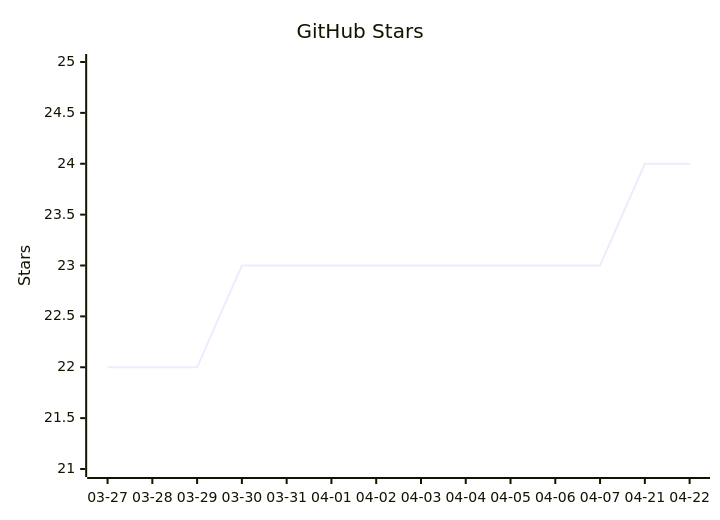
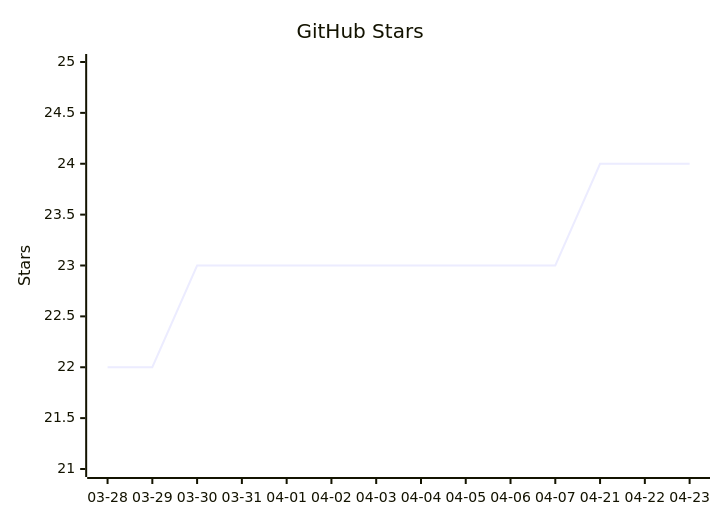
One commit to vectie/moonclaw changed the diagram in README.mbt.md. Above: the diagram before and after it, drawn with Mermaid. The commit also changed other lines of this file and 1 other file, not shown here.

Commit message:
Update README star growth

````diff
--- a/README.mbt.md
+++ b/README.mbt.md
@@ -489,7 +489,7 @@
 ```mermaid
 xychart-beta
     title "GitHub Stars"
-    x-axis ["03-27","03-28","03-29","03-30","03-31","04-01","04-02","04-03","04-04","04-05","04-06","04-07","04-21","04-22"]
+    x-axis ["03-28","03-29","03-30","03-31","04-01","04-02","04-03","04-04","04-05","04-06","04-07","04-21","04-22","04-23"]
     y-axis "Stars" 21 --> 25
-    line [22,22,22,23,23,23,23,23,23,23,23,23,24,24]
+    line [22,22,23,23,23,23,23,23,23,23,23,24,24,24]
 ```
````
